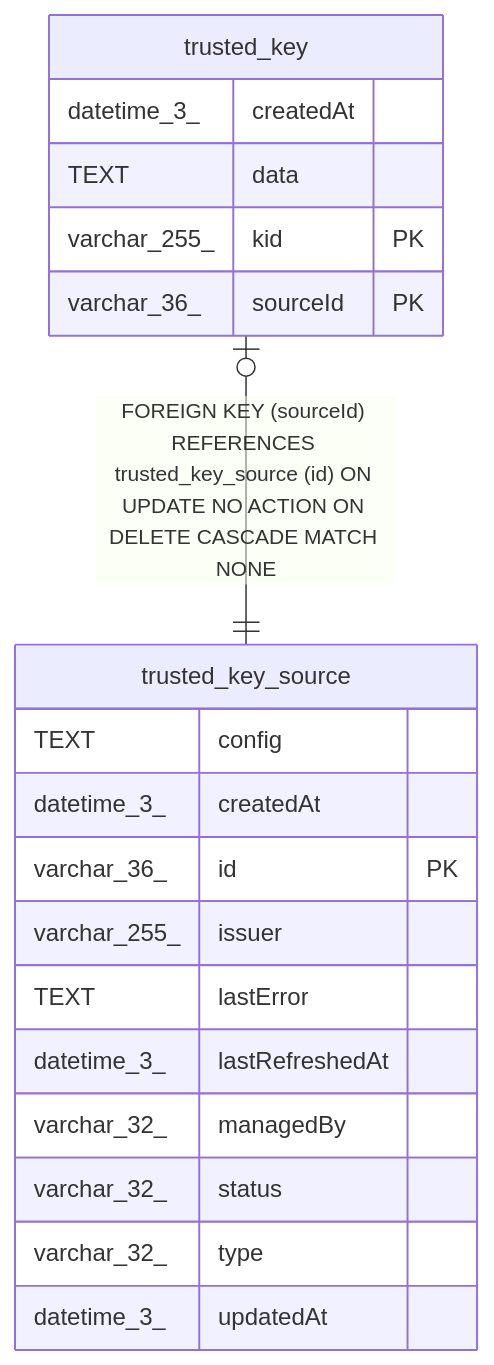
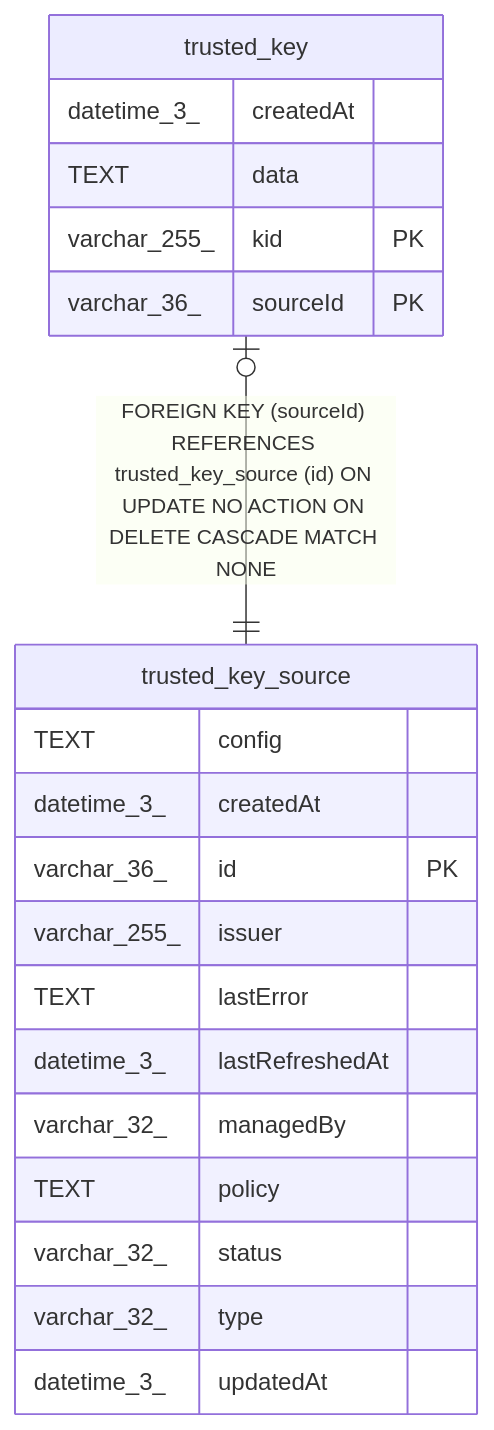
The diagram in docs/generated/sqlite-schema/trusted_key.md (mayankjain1815-commits/n8n), drawn with Mermaid before and after one commit. The commit also changed 36 other files, not shown here.

````diff
--- a/docs/generated/sqlite-schema/trusted_key.md
+++ b/docs/generated/sqlite-schema/trusted_key.md
@@ -40,24 +40,25 @@
 ```mermaid
 erDiagram
 
 "trusted_key" |o--|| "trusted_key_source" : "FOREIGN KEY (sourceId) REFERENCES trusted_key_source (id) ON UPDATE NO ACTION ON DELETE CASCADE MATCH NONE"
 
 "trusted_key" {
   datetime_3_ createdAt
   TEXT data
   varchar_255_ kid PK
   varchar_36_ sourceId PK
 }
 "trusted_key_source" {
   TEXT config
   datetime_3_ createdAt
   varchar_36_ id PK
   varchar_255_ issuer
   TEXT lastError
   datetime_3_ lastRefreshedAt
   varchar_32_ managedBy
+  TEXT policy
   varchar_32_ status
   varchar_32_ type
   datetime_3_ updatedAt
 }
 ```
````
